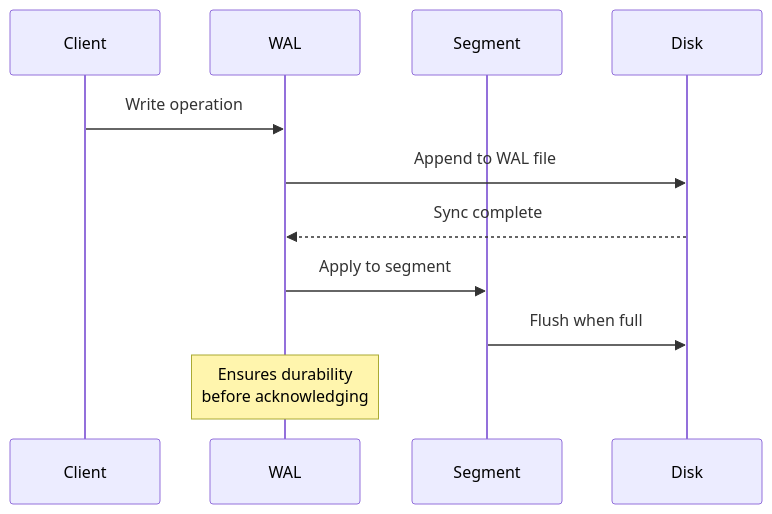
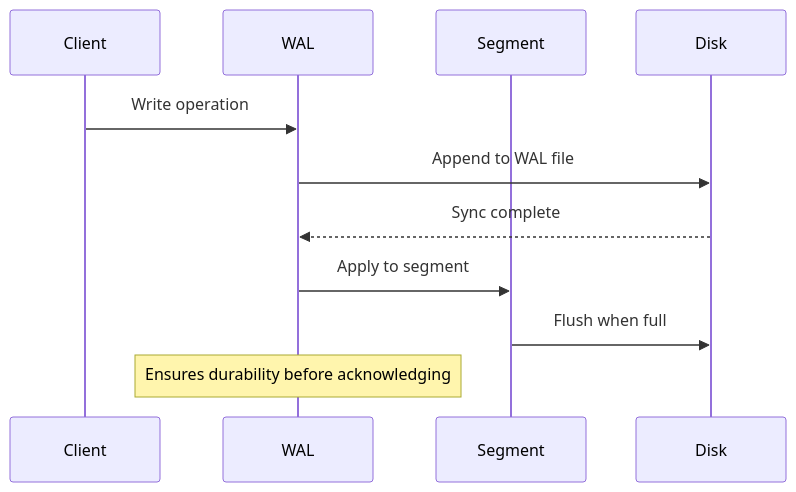
Before and after one commit to softwarewrighter/rag-demo: the sixth of 8 diagrams in wiki/Database-Schema.md, drawn with Mermaid. The commit also changed other lines of this file and 7 other files, not shown here.

````diff
--- a/wiki/Database-Schema.md
+++ b/wiki/Database-Schema.md
@@ -406,15 +406,15 @@
 ```mermaid
 sequenceDiagram
     participant Client
     participant WAL
     participant Segment
     participant Disk
 
     Client->>WAL: Write operation
     WAL->>Disk: Append to WAL file
     Disk-->>WAL: Sync complete
     WAL->>Segment: Apply to segment
     Segment->>Disk: Flush when full
 
-    Note over WAL: Ensures durability<br/>before acknowledging
+    Note over WAL: Ensures durability before acknowledging
 ```
````
